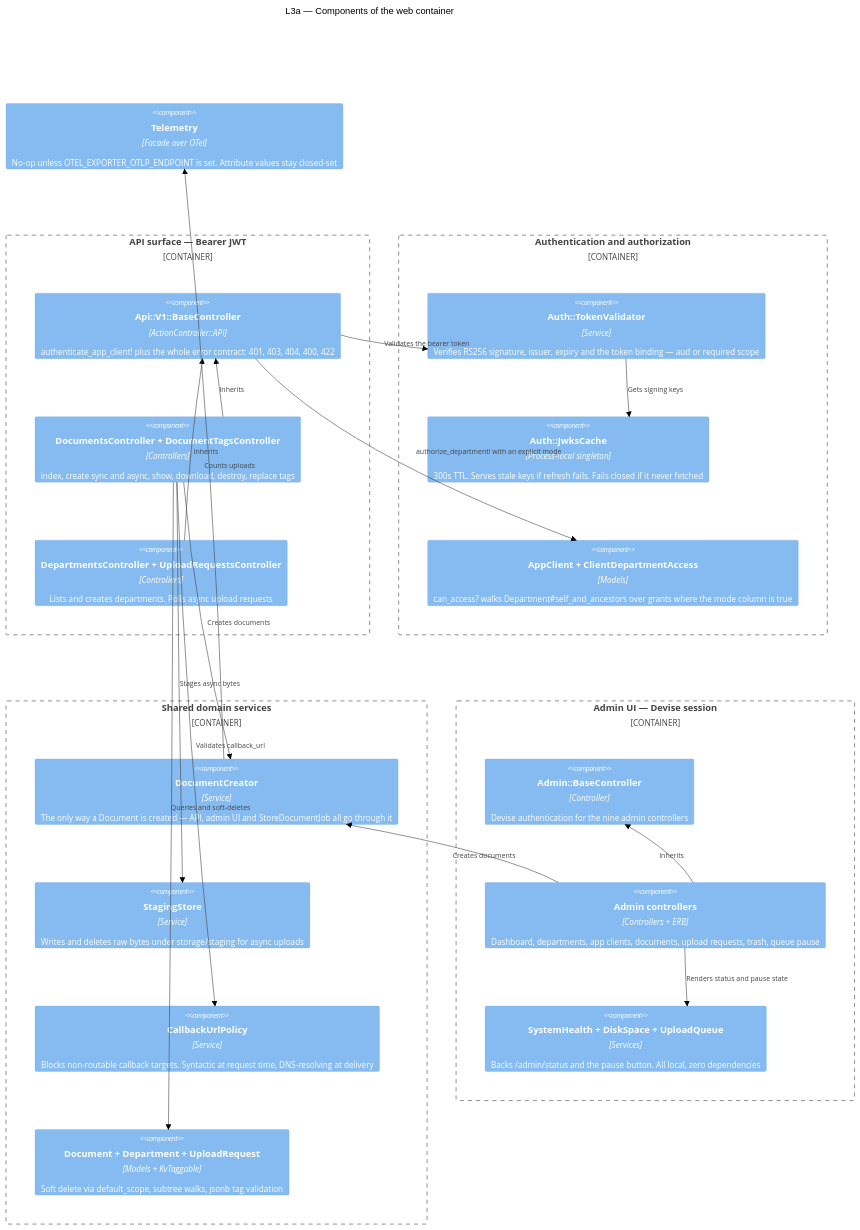
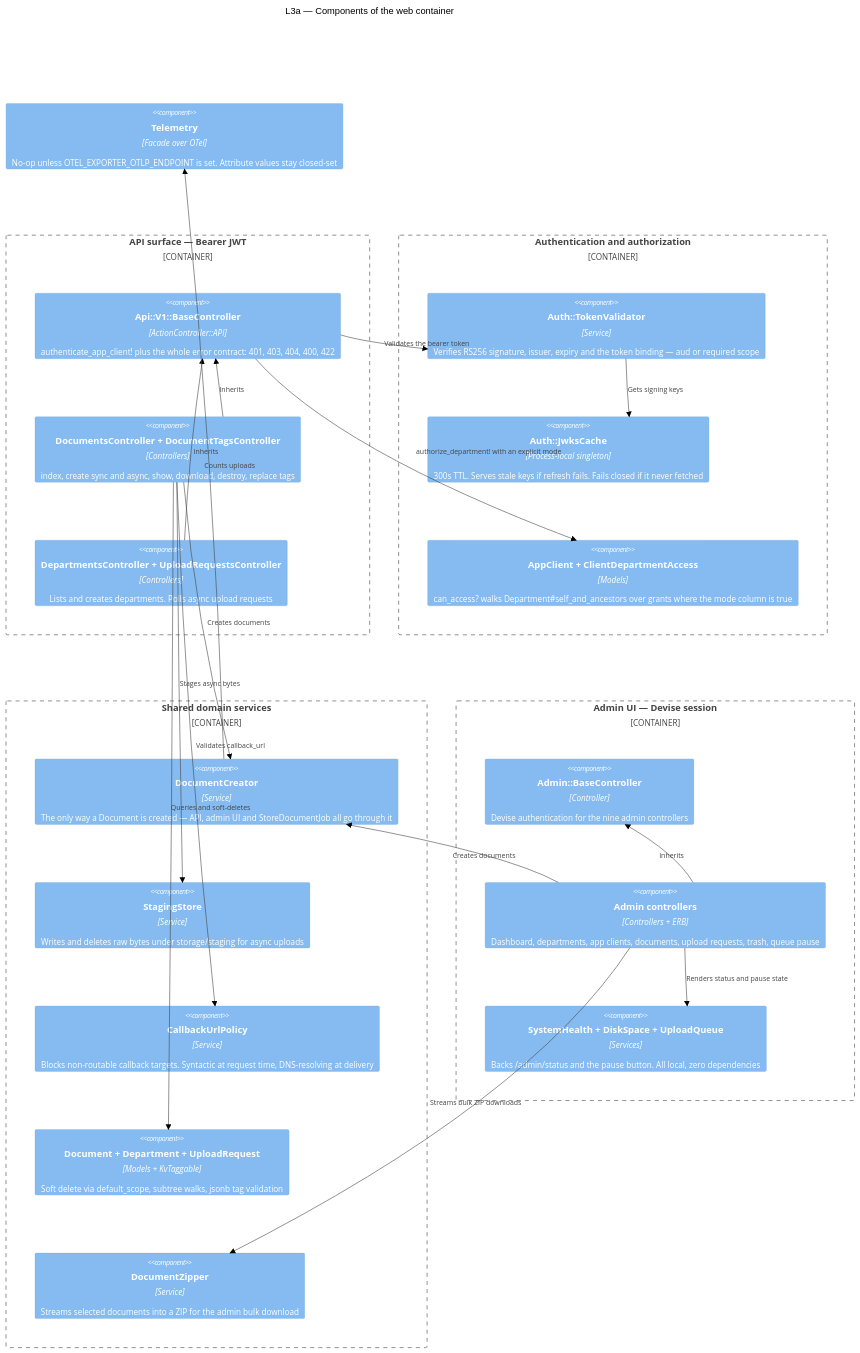
Before and after one commit to maximefourre/ged: the third of 7 diagrams in docs/architecture/c4.md, drawn with Mermaid (forest theme). The commit also changed 15 other files, not shown here.

First line of the commit message:
feat(admin): bulk delete + ZIP download of documents, API bulk delete

````diff
--- a/docs/architecture/c4.md
+++ b/docs/architecture/c4.md
@@ -127,47 +127,49 @@
 ```mermaid
 C4Component
     title L3a — Components of the web container
 
     Container_Boundary(api, "API surface — Bearer JWT") {
         Component(apibase, "Api::V1::BaseController", "ActionController::API", "authenticate_app_client! plus the whole error contract: 401, 403, 404, 400, 422")
         Component(apidocs, "DocumentsController + DocumentTagsController", "Controllers", "index, create sync and async, show, download, destroy, replace tags")
         Component(apidept, "DepartmentsController + UploadRequestsController", "Controllers", "Lists and creates departments. Polls async upload requests")
     }
 
     Container_Boundary(auth, "Authentication and authorization") {
         Component(validator, "Auth::TokenValidator", "Service", "Verifies RS256 signature, issuer, expiry and the token binding — aud or required scope")
         Component(jwks, "Auth::JwksCache", "Process-local singleton", "300s TTL. Serves stale keys if refresh fails. Fails closed if it never fetched")
         Component(appclient, "AppClient + ClientDepartmentAccess", "Models", "can_access? walks Department#self_and_ancestors over grants where the mode column is true")
     }
 
     Container_Boundary(shared, "Shared domain services") {
         Component(creator, "DocumentCreator", "Service", "The only way a Document is created — API, admin UI and StoreDocumentJob all go through it")
         Component(staging, "StagingStore", "Service", "Writes and deletes raw bytes under storage/staging for async uploads")
         Component(ssrf, "CallbackUrlPolicy", "Service", "Blocks non-routable callback targets. Syntactic at request time, DNS-resolving at delivery")
         Component(models, "Document + Department + UploadRequest", "Models + KvTaggable", "Soft delete via default_scope, subtree walks, jsonb tag validation")
+        Component(zipper, "DocumentZipper", "Service", "Streams selected documents into a ZIP for the admin bulk download")
     }
 
     Container_Boundary(adminui, "Admin UI — Devise session") {
         Component(adminbase, "Admin::BaseController", "Controller", "Devise authentication for the nine admin controllers")
         Component(adminctl, "Admin controllers", "Controllers + ERB", "Dashboard, departments, app clients, documents, upload requests, trash, queue pause")
         Component(health, "SystemHealth + DiskSpace + UploadQueue", "Services", "Backs /admin/status and the pause button. All local, zero dependencies")
     }
 
     Component(telemetry, "Telemetry", "Facade over OTel", "No-op unless OTEL_EXPORTER_OTLP_ENDPOINT is set. Attribute values stay closed-set")
 
     Rel(apidocs, apibase, "Inherits")
     Rel(apidept, apibase, "Inherits")
     Rel(apibase, validator, "Validates the bearer token")
     Rel(validator, jwks, "Gets signing keys")
     Rel(apibase, appclient, "authorize_department! with an explicit mode")
     Rel(apidocs, creator, "Creates documents")
     Rel(apidocs, staging, "Stages async bytes")
     Rel(apidocs, ssrf, "Validates callback_url")
     Rel(apidocs, models, "Queries and soft-deletes")
     Rel(adminctl, adminbase, "Inherits")
     Rel(adminctl, creator, "Creates documents")
     Rel(adminctl, health, "Renders status and pause state")
+    Rel(adminctl, zipper, "Streams bulk ZIP downloads")
     Rel(creator, telemetry, "Counts uploads")
 
     UpdateLayoutConfig($c4ShapeInRow="3", $c4BoundaryInRow="2")
 ```
````
